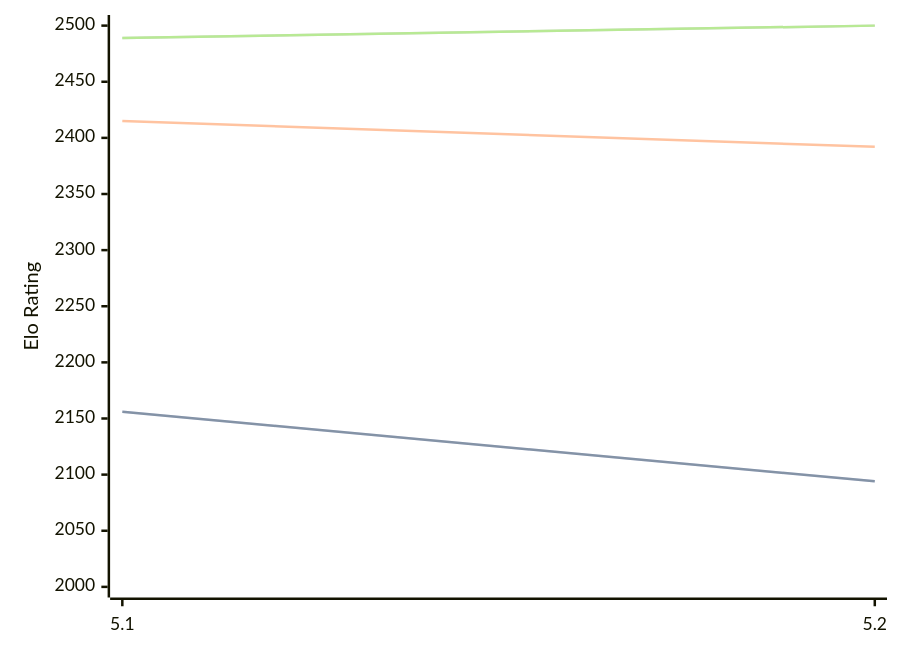
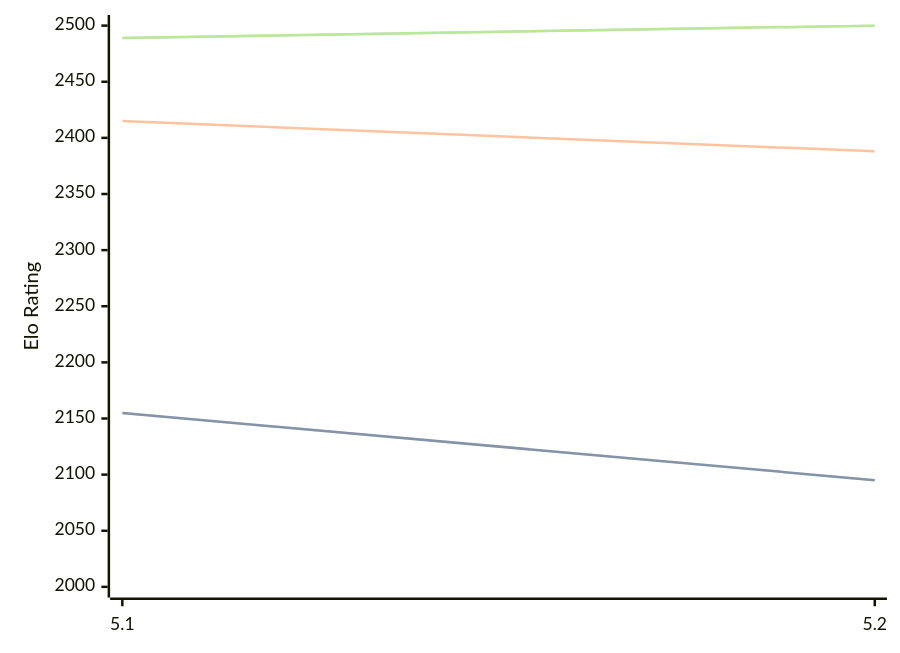
One commit to computer-chess-index/cci changed the diagram in engines/Prophet.md. Above: the diagram before and after it, drawn with Mermaid. The commit also changed other lines of this file, not shown here.

````diff
--- a/engines/Prophet.md
+++ b/engines/Prophet.md
@@ -38,11 +38,11 @@
 ```mermaid
 %%{init: {"theme":"base","themeVariables":{"seriesColors:['#a3a3a3','#222221','#faa371']}}}%%
 xychart-beta
   x-axis ["5.1", "5.2"]
   y-axis "Elo Rating" 2000 --> 2500
-  line "STC (8.0+0.08s)" [2156, 2094]
-  line "STC (8.0+0.08s)" [2156, 2094]
-  line "LTC (60.0+0.60s)" [2415, 2392]
+  line "STC (8.0+0.08s)" [2155, 2095]
+  line "STC (8.0+0.08s)" [2155, 2095]
+  line "LTC (60.0+0.60s)" [2415, 2388]
   line "VLTC (2m24s+1.12s)" [2489, 2500]
   line "VLTC (2m24s+1.12s)" [2489, 2500]
 ```
````
